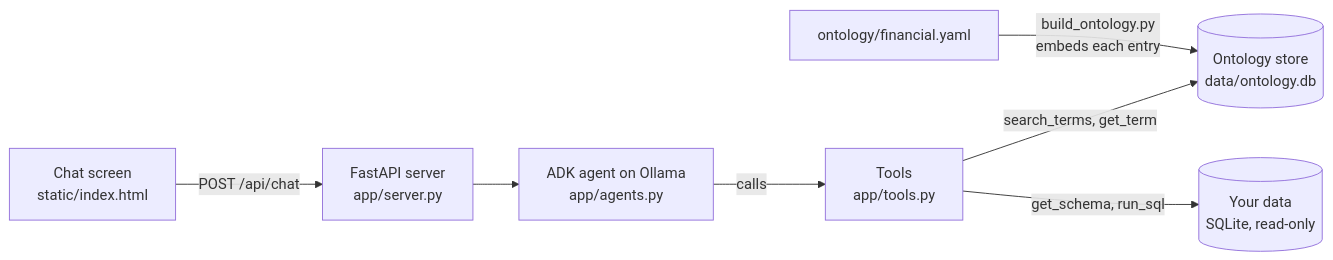
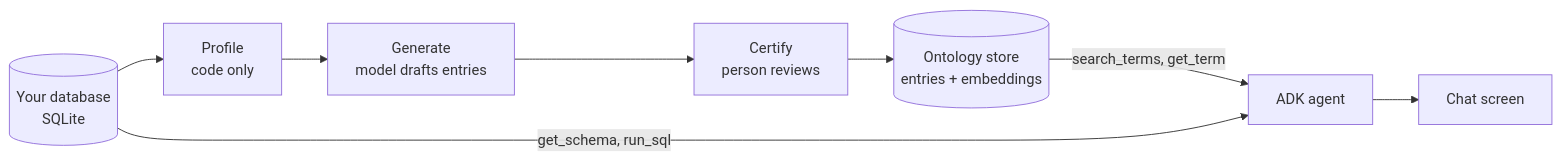
One commit to rickragv/ontology-layer changed the diagram in README.md. Above: the diagram before and after it, drawn with Mermaid. The commit also changed other lines of this file and 16 other files, not shown here.

First line of the commit message:
Add automatic ontology generation and an NVIDIA Auto Ontology chat mode

````diff
--- a/README.md
+++ b/README.md
@@ -30,9 +52,10 @@
 ```mermaid
 flowchart LR
-    UI[Chat screen<br/>static/index.html] -->|POST /api/chat| S[FastAPI server<br/>app/server.py]
-    S --> A[ADK agent on Ollama<br/>app/agents.py]
-    A -->|calls| T[Tools<br/>app/tools.py]
-    T -->|search_terms, get_term| O[(Ontology store<br/>data/ontology.db)]
-    T -->|get_schema, run_sql| D[(Your data<br/>SQLite, read-only)]
-    Y[ontology/financial.yaml] -->|build_ontology.py<br/>embeds each entry| O
+    D[(Your database<br/>SQLite)] --> P[Profile<br/>code only]
+    P --> G[Generate<br/>model drafts entries]
+    G --> C[Certify<br/>person reviews]
+    C --> S[(Ontology store<br/>entries + embeddings)]
+    S -->|search_terms, get_term| A[ADK agent]
+    D -->|get_schema, run_sql| A
+    A --> UI[Chat screen]
 ```
````
